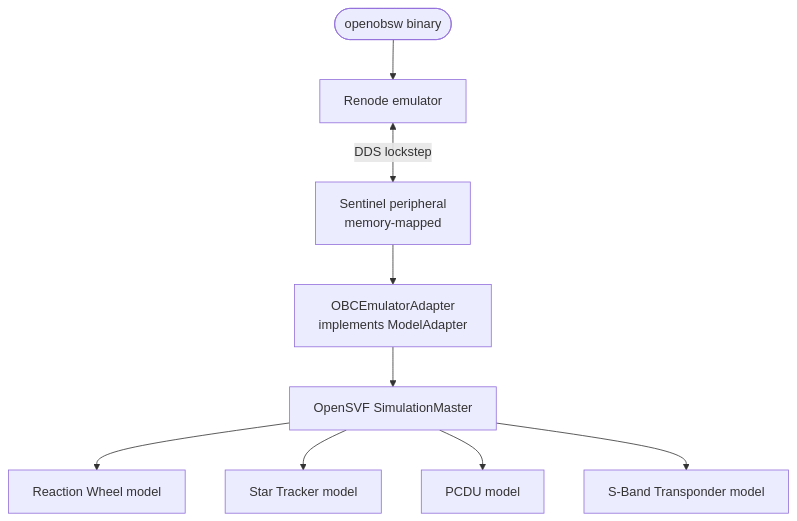
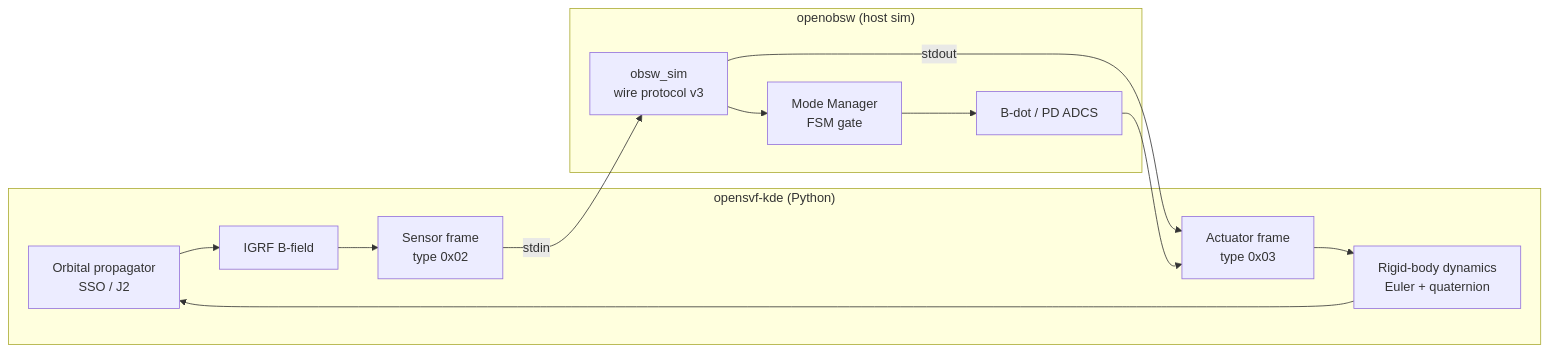
Before and after one commit to lipofefeyt/openobsw: the fourth of 4 diagrams in docs/architecture.md, drawn with Mermaid. The commit also changed other lines of this file, not shown here.

Commit message:
docs(architecture): AOCS module ref, wire protocol v3, opensvf-kde integration v0.12

````diff
--- a/docs/architecture.md
+++ b/docs/architecture.md
@@ -448,11 +628,16 @@
 ```mermaid
-flowchart TD
-    A([openobsw binary]) --> B[Renode emulator]
-    B <-->|DDS lockstep| C[Sentinel peripheral\nmemory-mapped]
-    C --> D[OBCEmulatorAdapter\nimplements ModelAdapter]
-    D --> E[OpenSVF SimulationMaster]
-    E --> F[Reaction Wheel model]
-    E --> G[Star Tracker model]
-    E --> H[PCDU model]
-    E --> I[S-Band Transponder model]
+flowchart LR
+    subgraph "opensvf-kde (Python)"
+        ORB[Orbital propagator\nSSO / J2] --> IGRF[IGRF B-field]
+        IGRF --> SF[Sensor frame\ntype 0x02]
+        AF[Actuator frame\ntype 0x03] --> DYN[Rigid-body dynamics\nEuler + quaternion]
+        DYN --> ORB
+    end
+    subgraph "openobsw (host sim)"
+        SF -->|stdin| SIM[obsw_sim\nwire protocol v3]
+        SIM -->|stdout| AF
+        SIM --> MODE[Mode Manager\nFSM gate]
+        MODE --> BDOT[B-dot / PD ADCS]
+        BDOT --> AF
+    end
 ```
````
